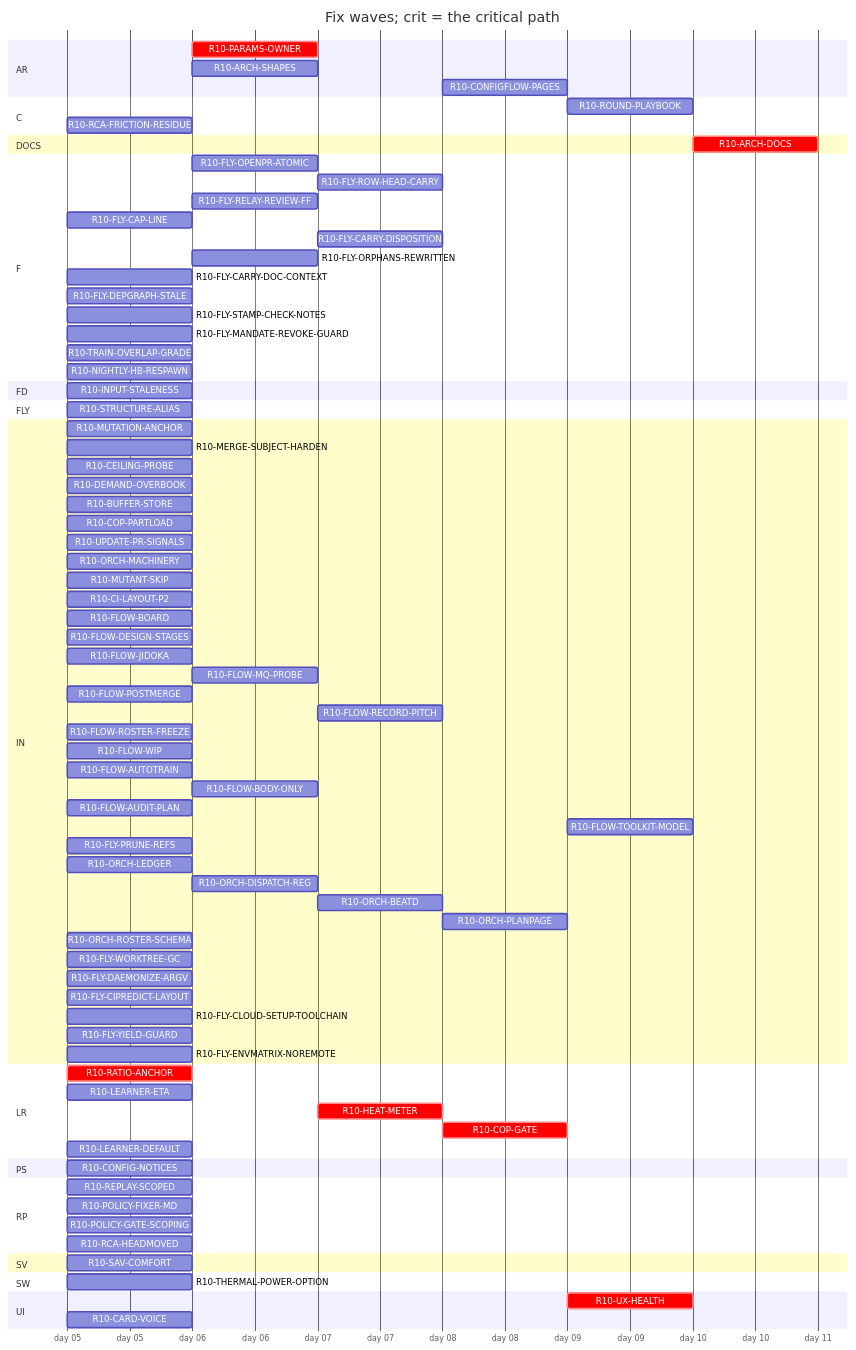
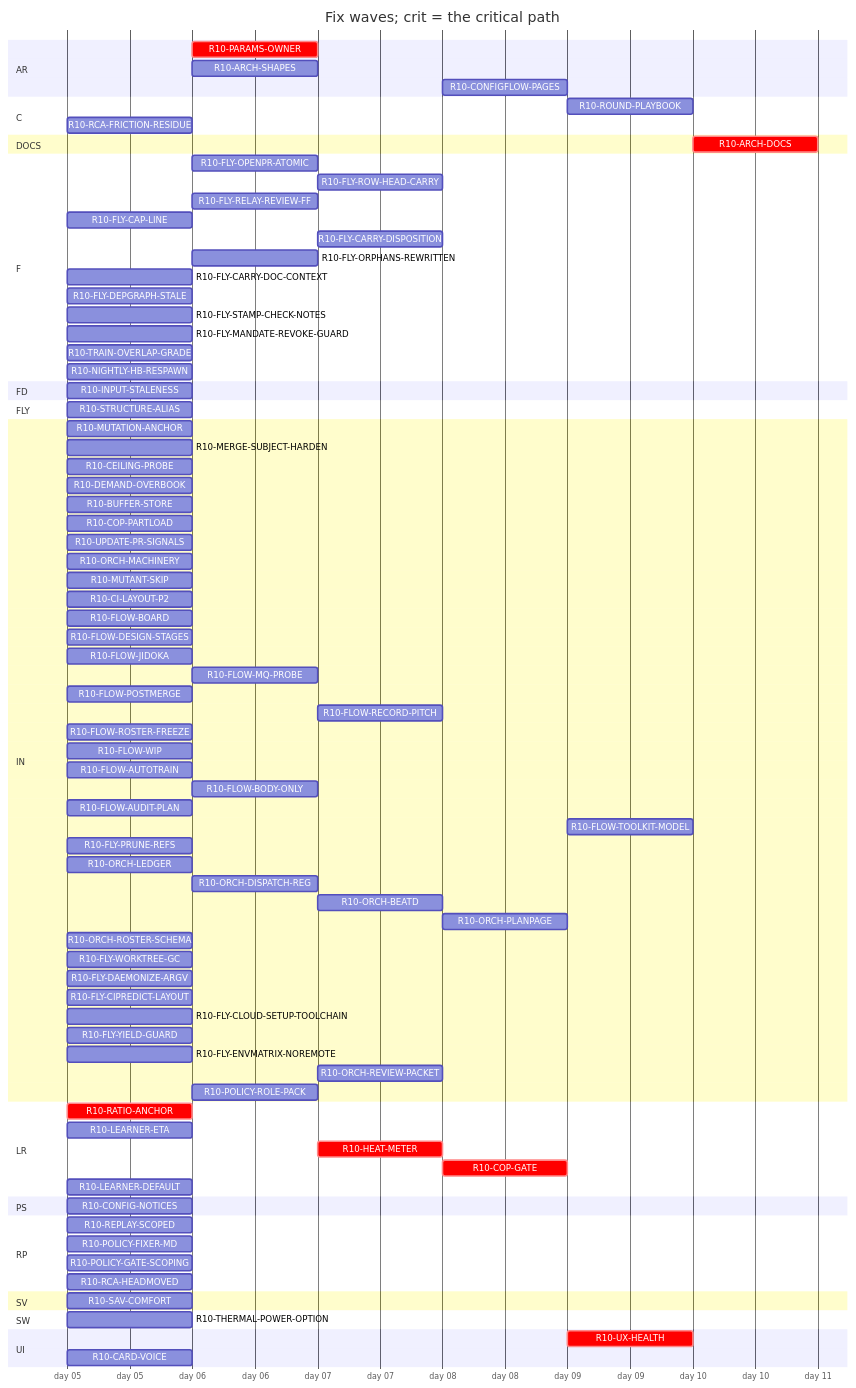
The diagram in handoff/round10/state/PLAN-TABLE.md (tvofi/heatpump_optimizer), drawn with Mermaid before and after one commit. The commit also changed other lines of this file and 1 other file, not shown here.

```diff
--- a/handoff/round10/state/PLAN-TABLE.md
+++ b/handoff/round10/state/PLAN-TABLE.md
@@ -89,6 +89,8 @@
     R10-FLY-CLOUD-SETUP-TOOLCHAIN :r10FLYCLOUDSETUPTOOLCHAIN, 2026-01-05, 1d
     R10-FLY-YIELD-GUARD :r10FLYYIELDGUARD, 2026-01-05, 1d
     R10-FLY-ENVMATRIX-NOREMOTE :r10FLYENVMATRIXNOREMOTE, 2026-01-05, 1d
+    R10-ORCH-REVIEW-PACKET :r10ORCHREVIEWPACKET, after r10ORCHDISPATCHREG r10POLICYFIXERMD, 1d
+    R10-POLICY-ROLE-PACK :r10POLICYROLEPACK, after r10POLICYFIXERMD r10FLOWDESIGNSTAGES, 1d
   section LR
     R10-RATIO-ANCHOR :crit, r10RATIOANCHOR, 2026-01-05, 1d
     R10-LEARNER-ETA :r10LEARNERETA, 2026-01-05, 1d
```
